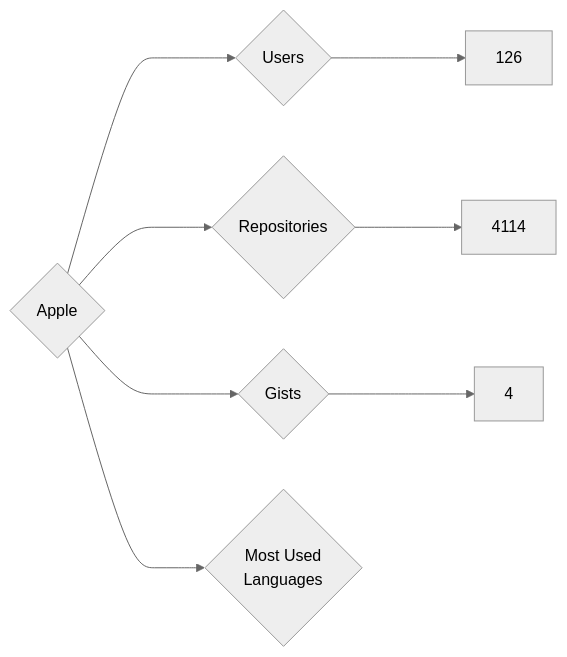
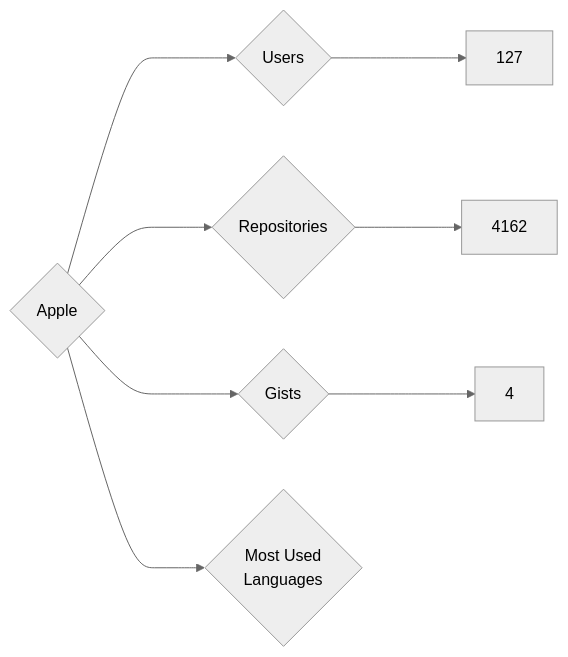
One commit to nenadzaric/insiders changed the diagram in targets/Apple/README.md. Above: the diagram before and after it, drawn with Mermaid (neutral theme). The commit also changed 2877 other files, not shown here.

````diff
--- a/targets/Apple/README.md
+++ b/targets/Apple/README.md
@@ -3,8 +3,8 @@
 ```mermaid
 graph LR
 COMPANY_NAME{Apple}
-COMPANY_NAME ---> U{Users} ---> UN[126]
-COMPANY_NAME ---> R{Repositories} ---> RN[4114]
+COMPANY_NAME ---> U{Users} ---> UN[127]
+COMPANY_NAME ---> R{Repositories} ---> RN[4162]
 COMPANY_NAME ---> G{Gists} ---> GN[4]
 COMPANY_NAME ---> ML{Most Used<br>Languages}
 ```
````
